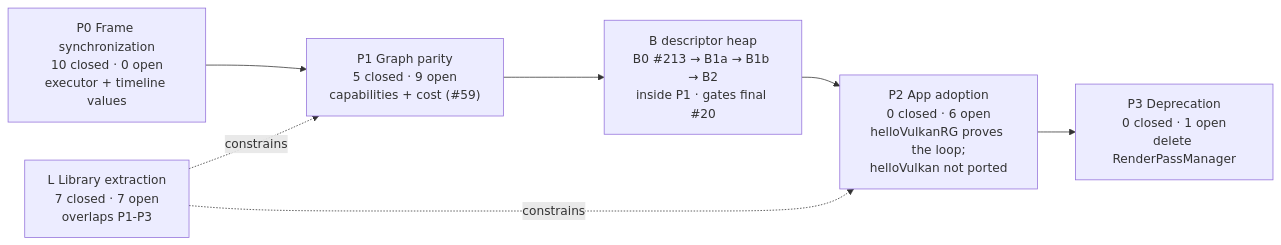
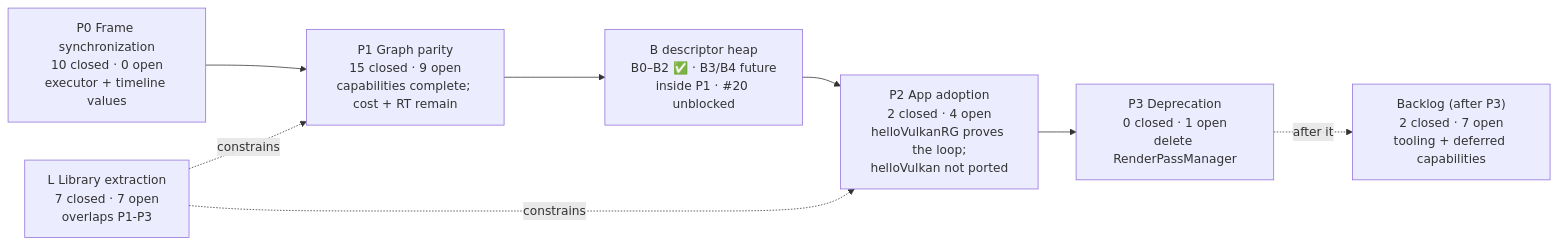
One commit to v3c70r/Muyo changed the first of 4 diagrams in docs/Roadmap-Visual.md. Above: the diagram before and after it, drawn with Mermaid. The commit also changed other lines of this file and 3 other files, not shown here.

First line of the commit message:
docs: reconcile the roadmaps and board after B2 (#255)

````diff
--- a/docs/Roadmap-Visual.md
+++ b/docs/Roadmap-Visual.md
@@ -20,12 +22,14 @@
 ```mermaid
 flowchart LR
     P0["P0 Frame synchronization<br/>10 closed · 0 open<br/>executor + timeline values"]
-    P1["P1 Graph parity<br/>5 closed · 9 open<br/>capabilities + cost (#59)"]
-    B["B descriptor heap<br/>B0 #213 → B1a → B1b → B2<br/>inside P1 · gates final #20"]
-    P2["P2 App adoption<br/>0 closed · 6 open<br/>helloVulkanRG proves the loop;<br/>helloVulkan not ported"]
+    P1["P1 Graph parity<br/>15 closed · 9 open<br/>capabilities complete; cost + RT remain"]
+    B["B descriptor heap<br/>B0–B2 ✅ · B3/B4 future<br/>inside P1 · #20 unblocked"]
+    P2["P2 App adoption<br/>2 closed · 4 open<br/>helloVulkanRG proves the loop;<br/>helloVulkan not ported"]
     P3["P3 Deprecation<br/>0 closed · 1 open<br/>delete RenderPassManager"]
     L["L Library extraction<br/>7 closed · 7 open<br/>overlaps P1-P3"]
+    BL["Backlog (after P3)<br/>2 closed · 7 open<br/>tooling + deferred capabilities"]
     P0 --> P1 --> B --> P2 --> P3
     L -. constrains .-> P1
     L -. constrains .-> P2
+    P3 -. after it .-> BL
 ```
````
